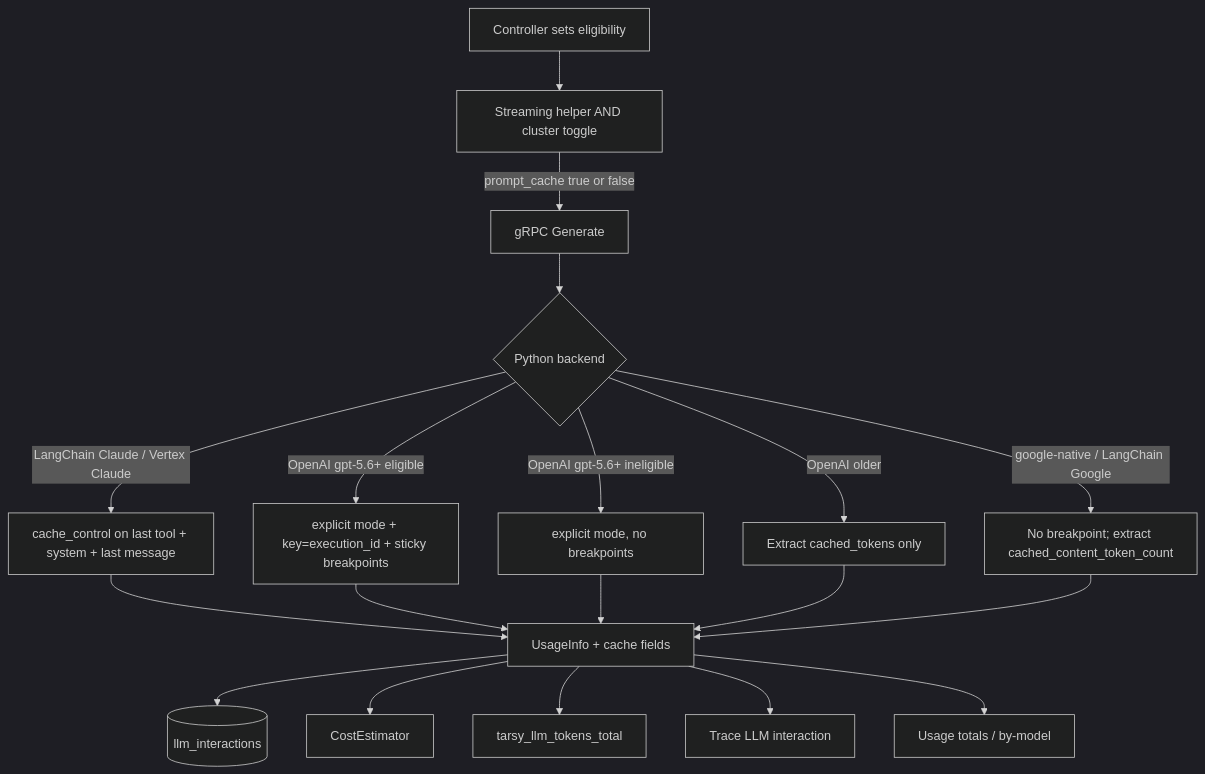
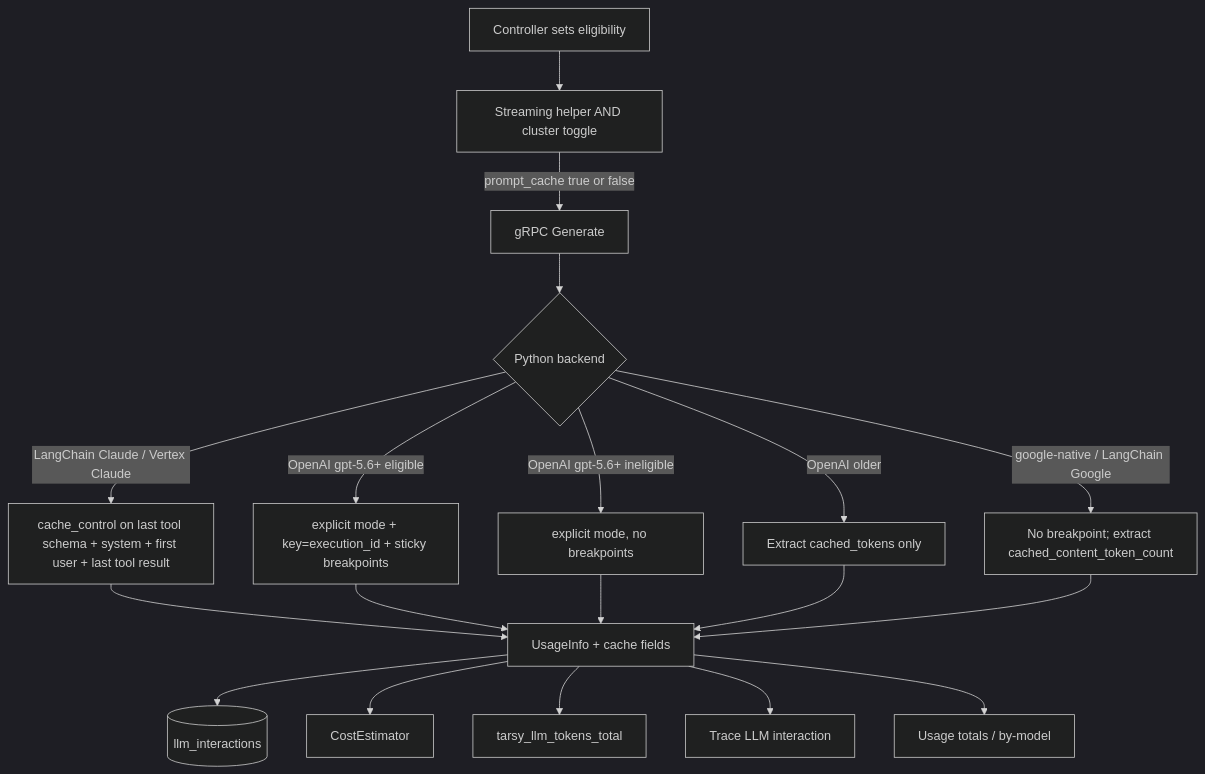
The diagram in docs/adr/0026-prompt-caching.md (codeready-toolchain/tarsy), drawn with Mermaid (dark theme) before and after one commit. The commit also changed other lines of this file and 3 other files, not shown here.

First line of the commit message:
fix: keep Claude prompt-cache breakpoints sticky

````diff
--- a/docs/adr/0026-prompt-caching.md
+++ b/docs/adr/0026-prompt-caching.md
@@ -85,23 +85,23 @@
 ```mermaid
 flowchart TD
   ctrl[Controller sets eligibility]
   toggle[Streaming helper AND cluster toggle]
   ctrl --> toggle
   toggle -->|prompt_cache true or false| grpc[gRPC Generate]
   grpc --> py{Python backend}
-  py -->|LangChain Claude / Vertex Claude| claude[cache_control on last tool + system + last message]
+  py -->|LangChain Claude / Vertex Claude| claude[cache_control on last tool schema + system + first user + last tool result]
   py -->|OpenAI gpt-5.6+ eligible| oai[explicit mode + key=execution_id + sticky breakpoints]
   py -->|OpenAI gpt-5.6+ ineligible| oaiOff[explicit mode, no breakpoints]
   py -->|OpenAI older| oaiOld[Extract cached_tokens only]
   py -->|google-native / LangChain Google| gemini[No breakpoint; extract cached_content_token_count]
   claude --> usage[UsageInfo + cache fields]
   oai --> usage
   oaiOff --> usage
   oaiOld --> usage
   gemini --> usage
   usage --> db[(llm_interactions)]
   usage --> cost[CostEstimator]
   usage --> metrics[tarsy_llm_tokens_total]
   usage --> trace[Trace LLM interaction]
   usage --> usagePage[Usage totals / by-model]
 ```
````
